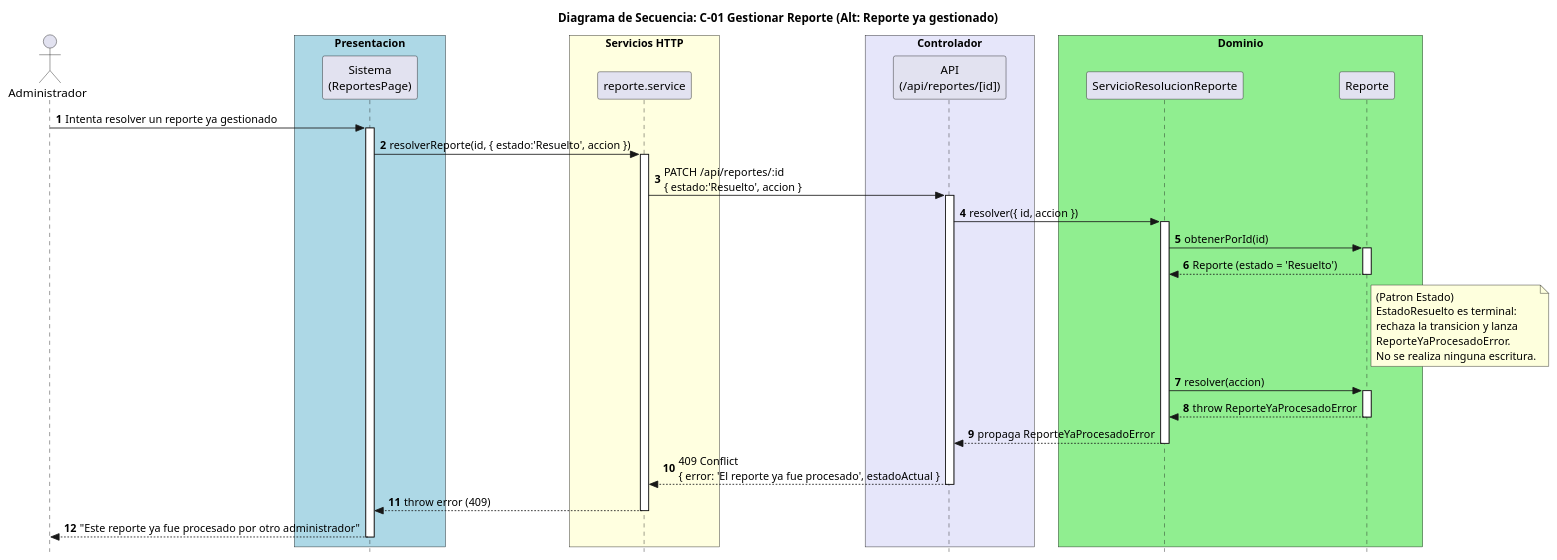
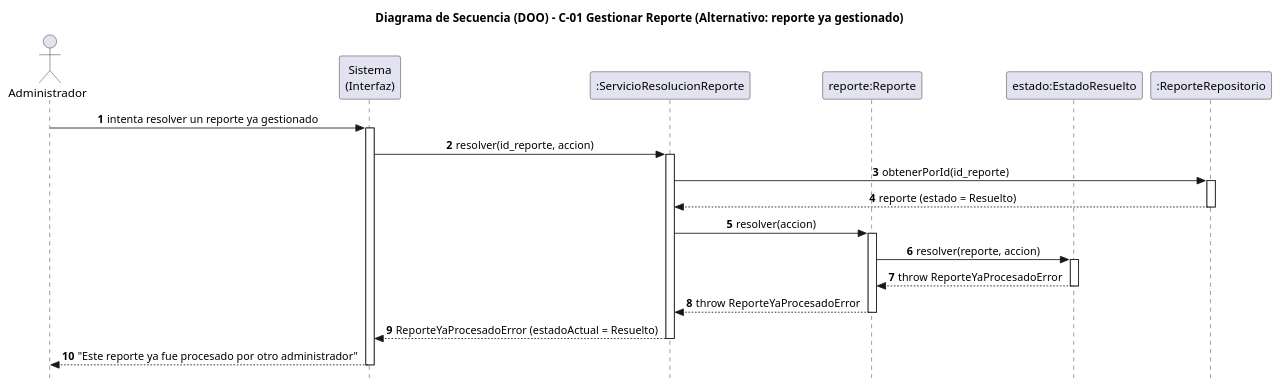
One commit to SantiagoScetti/sic-unne-admin changed the diagram in docs/puml/actualizacion_claude/C-01 Gestionar Reporte (Reporte ya gestionado).puml. Above: the diagram before and after it, drawn with PlantUML. The commit also changed 49 other files, not shown here.

Commit message:
Código: un solo patrón (Estado), legacy borrado, 38 tests pasando. Diagramas de secuencia DOO + trazabilidad, diagrama de clases con recuadro, mapa del repo, README de tests

```diff
--- a/docs/puml/actualizacion_claude/C-01 Gestionar Reporte (Reporte ya gestionado).puml
+++ b/docs/puml/actualizacion_claude/C-01 Gestionar Reporte (Reporte ya gestionado).puml
@@ -1,66 +1,44 @@
 @startuml
+title Diagrama de Secuencia (DOO) - C-01 Gestionar Reporte (Alternativo: reporte ya gestionado)
 
-title Diagrama de Secuencia: C-01 Gestionar Reporte (Alt: Reporte ya gestionado)
+' El reporte llega en estado Resuelto: su objeto-estado (EstadoResuelto) no permite
+' la transicion y lanza ReporteYaProcesadoError, que se propaga hasta la interfaz.
 
 skinparam style strictuml
-skinparam ParticipantPadding 30
-skinparam BoxPadding 12
-
+skinparam sequenceMessageAlign center
+hide footbox
 autonumber
 
-actor Administrador
+actor Administrador as Admin
 
-box "Presentacion" #LightBlue
-  participant "Sistema\n(ReportesPage)" as Interfaz
-end box
+participant "Sistema\n(Interfaz)"            as UI
+participant ":ServicioResolucionReporte"     as Serv
+participant "reporte:Reporte"                as Rep
+participant "estado:EstadoResuelto"          as Est
+participant ":ReporteRepositorio"            as RepoR
 
-box "Servicios HTTP" #LightYellow
-  participant "reporte.service" as Service
-end box
+Admin -> UI : intenta resolver un reporte ya gestionado
+activate UI
+UI -> Serv : resolver(id_reporte, accion)
+activate Serv
 
-box "Controlador" #Lavender
-  participant "API\n(/api/reportes/[id])" as API
-end box
+Serv -> RepoR : obtenerPorId(id_reporte)
+activate RepoR
+RepoR --> Serv : reporte (estado = Resuelto)
+deactivate RepoR
 
-box "Dominio" #LightGreen
-  participant "ServicioResolucionReporte" as Servicio
-  participant "Reporte"                   as Reporte
-end box
+Serv -> Rep : resolver(accion)
+activate Rep
+Rep -> Est : resolver(reporte, accion)
+activate Est
+Est --> Rep : throw ReporteYaProcesadoError
+deactivate Est
+Rep --> Serv : throw ReporteYaProcesadoError
+deactivate Rep
 
-Administrador -> Interfaz: Intenta resolver un reporte ya gestionado
-activate Interfaz
-Interfaz -> Service: resolverReporte(id, { estado:'Resuelto', accion })
-activate Service
-Service -> API: PATCH /api/reportes/:id\n{ estado:'Resuelto', accion }
-activate API
-API -> Servicio: resolver({ id, accion })
-activate Servicio
-
-Servicio -> Reporte: obtenerPorId(id)
-activate Reporte
-Reporte --> Servicio: Reporte (estado = 'Resuelto')
-deactivate Reporte
-
-note right of Reporte
-  (Patron Estado)
-  EstadoResuelto es terminal:
-  rechaza la transicion y lanza
-  ReporteYaProcesadoError.
-  No se realiza ninguna escritura.
-end note
-
-Servicio -> Reporte: resolver(accion)
-activate Reporte
-Reporte --> Servicio: throw ReporteYaProcesadoError
-deactivate Reporte
-
-Servicio --> API: propaga ReporteYaProcesadoError
-deactivate Servicio
-API --> Service: 409 Conflict\n{ error: 'El reporte ya fue procesado', estadoActual }
-deactivate API
-Service --> Interfaz: throw error (409)
-deactivate Service
-Interfaz --> Administrador: "Este reporte ya fue procesado por otro administrador"
-deactivate Interfaz
+Serv --> UI : ReporteYaProcesadoError (estadoActual = Resuelto)
+deactivate Serv
+UI --> Admin : "Este reporte ya fue procesado por otro administrador"
+deactivate UI
 
 @enduml
```
